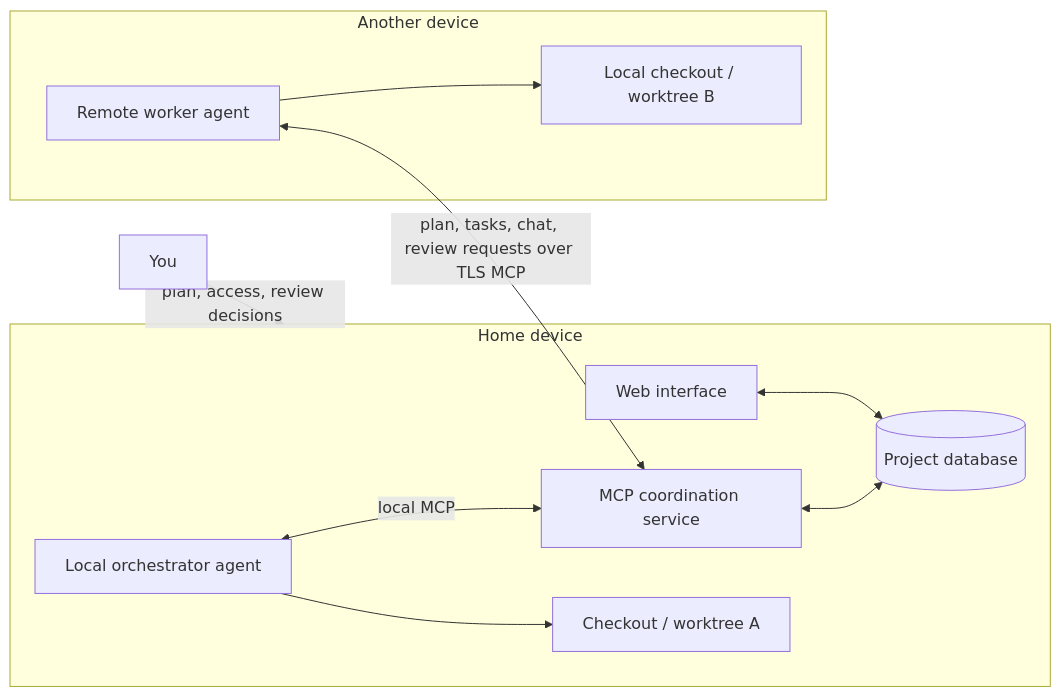
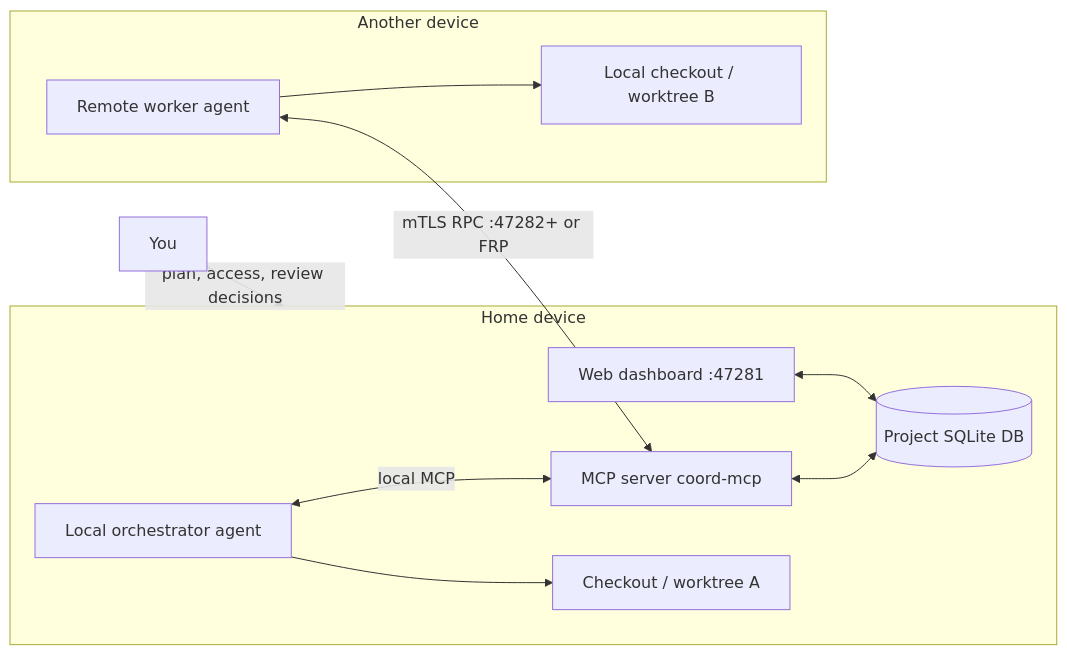
One commit to tasmirz/gossip changed the second of 2 diagrams in README.md. Above: the diagram before and after it, drawn with Mermaid. The commit also changed other lines of this file and 133 other files, not shown here.

````diff
--- a/README.md
+++ b/README.md
@@ -60,21 +101,21 @@
 ```mermaid
 flowchart LR
     User[You] -->|plan, access, review decisions| Home
     subgraph Home[Home device]
-        UI[Web interface]
-        MCP[MCP coordination service]
-        DB[(Project database)]
+        UI[Web dashboard :47281]
+        MCP[MCP server coord-mcp]
+        DB[(Project SQLite DB)]
         A1[Local orchestrator agent]
         W1[Checkout / worktree A]
         UI <--> DB
         MCP <--> DB
         A1 --> W1
         A1 <-->|local MCP| MCP
     end
     subgraph Remote[Another device]
         A2[Remote worker agent]
         W2[Local checkout / worktree B]
         A2 --> W2
     end
-    A2 <-->|plan, tasks, chat, review requests over TLS MCP| MCP
+    A2 <-->|mTLS RPC :47282+ or FRP| MCP
 ```
````
